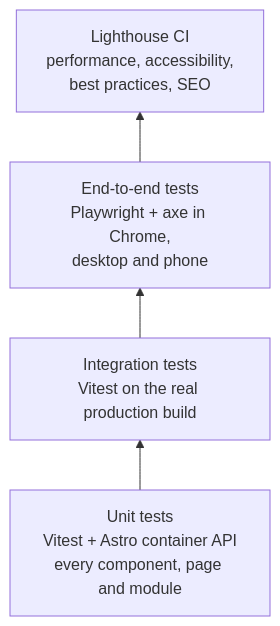
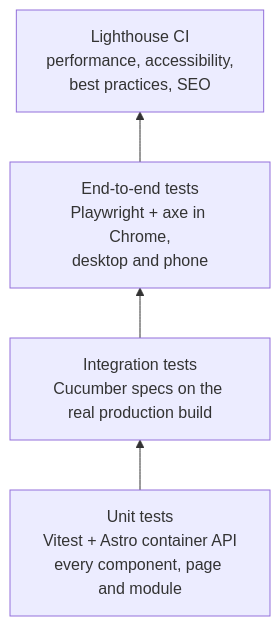
The diagram in docs/testing/testing-strategy.md (jimmykurian/personal-site), drawn with Mermaid before and after one commit. The commit also changed other lines of this file and 42 other files, not shown here.

First line of the commit message:
test: rewrite the website's integration tests as Cucumber BDD features (#21)

````diff
--- a/docs/testing/testing-strategy.md
+++ b/docs/testing/testing-strategy.md
@@ -9,8 +9,8 @@
 ```mermaid
 flowchart BT
     unit["Unit tests<br/>Vitest + Astro container API<br/>every component, page and module"]
-    integration["Integration tests<br/>Vitest on the real production build"]
+    integration["Integration tests<br/>Cucumber specs on the real production build"]
     e2e["End-to-end tests<br/>Playwright + axe in Chrome,<br/>desktop and phone"]
     lighthouse["Lighthouse CI<br/>performance, accessibility,<br/>best practices, SEO"]
     unit --> integration --> e2e --> lighthouse
 ```
````
